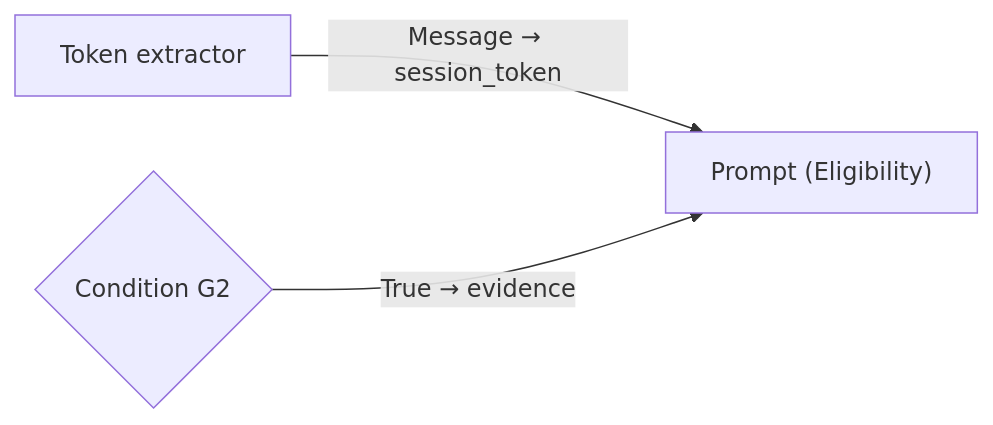
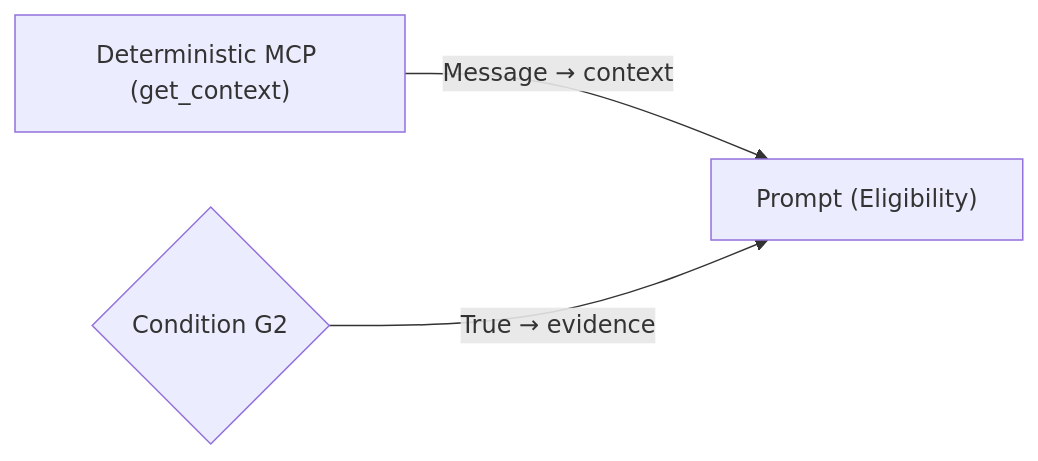
Diagram 17 of 23 in paf/flows/CHAT_WORKFLOW.md (vmleon/oracle-database-private-agent-factory-poc), drawn with Mermaid before and after one commit. The commit also changed other lines of this file and 10 other files, not shown here.

````diff
--- a/paf/flows/CHAT_WORKFLOW.md
+++ b/paf/flows/CHAT_WORKFLOW.md
@@ -343,5 +427,5 @@
 ```mermaid
 flowchart LR
-    RT["Token extractor"] -->|Message → session_token| P["Prompt (Eligibility)"]
+    GC["Deterministic MCP (get_context)"] -->|Message → context| P["Prompt (Eligibility)"]
     G2{"Condition G2"} -->|True → evidence| P
 ```
````
